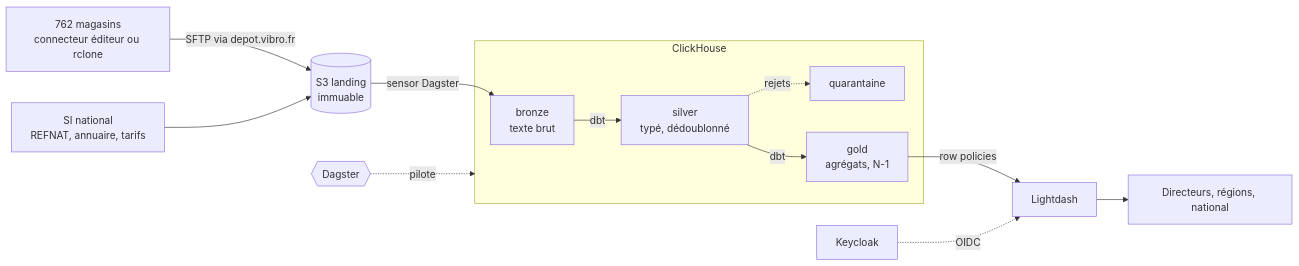
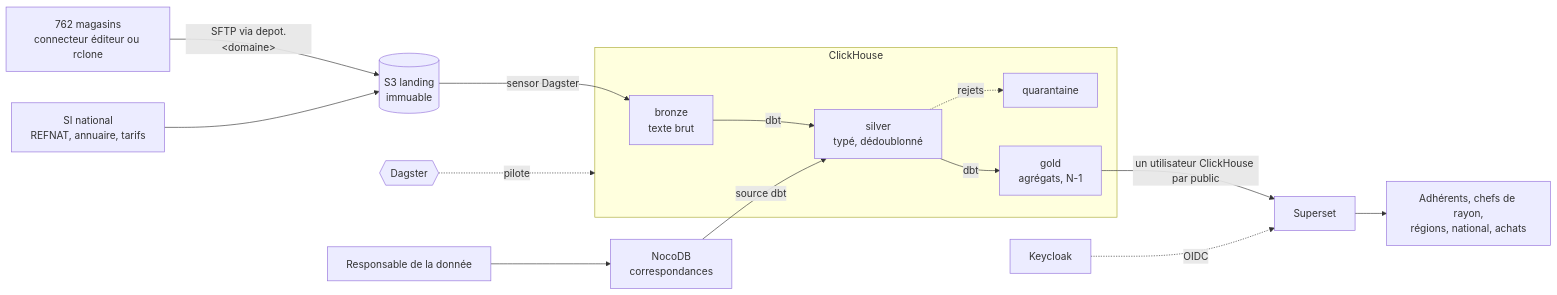
One commit to Tayaa-corp/Vibro changed the first of 2 diagrams in docs/30-architecture/architecture-cible.md. Above: the diagram before and after it, drawn with Mermaid. The commit also changed other lines of this file and 10 other files, not shown here.

Commit message:
docs: add use cases & architecture details

````diff
--- a/docs/30-architecture/architecture-cible.md
+++ b/docs/30-architecture/architecture-cible.md
@@ -35,15 +36,17 @@
 ```mermaid
 flowchart LR
-    M["762 magasins<br>connecteur éditeur ou rclone"] -->|"SFTP via depot.vibro.fr"| L[("S3 landing<br>immuable")]
+    M["762 magasins<br>connecteur éditeur ou rclone"] -->|"SFTP via depot.#lt;domaine#gt;"| L[("S3 landing<br>immuable")]
     N["SI national<br>REFNAT, annuaire, tarifs"] --> L
     L -->|"sensor Dagster"| B
     subgraph CH["ClickHouse"]
         B["bronze<br>texte brut"] -->|dbt| S["silver<br>typé, dédoublonné"]
         S -.->|rejets| Q["quarantaine"]
         S -->|dbt| G["gold<br>agrégats, N-1"]
     end
     D{{"Dagster"}} -.->|pilote| CH
-    G -->|"row policies"| LD["Lightdash"]
-    K["Keycloak"] -.->|OIDC| LD
-    LD --> U["Directeurs, régions, national"]
+    G -->|"un utilisateur ClickHouse par public"| SS["Superset"]
+    K["Keycloak"] -.->|OIDC| SS
+    SS --> U["Adhérents, chefs de rayon,<br>régions, national, achats"]
+    R["Responsable de la donnée"] --> NC["NocoDB<br>correspondances"]
+    NC -->|"source dbt"| S
 ```
````
